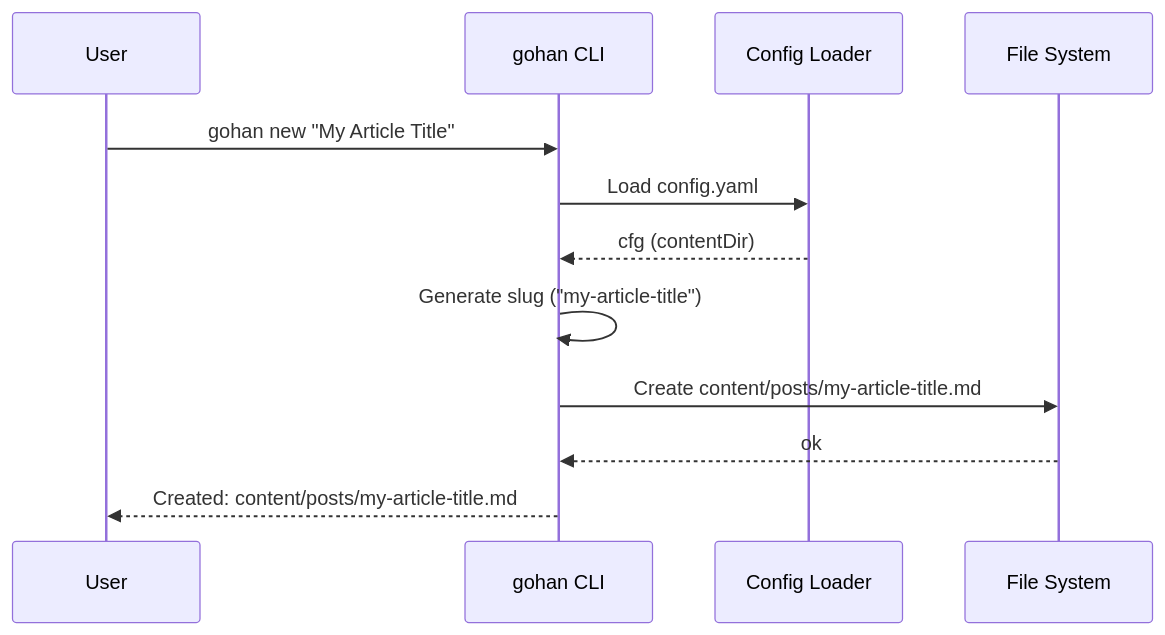
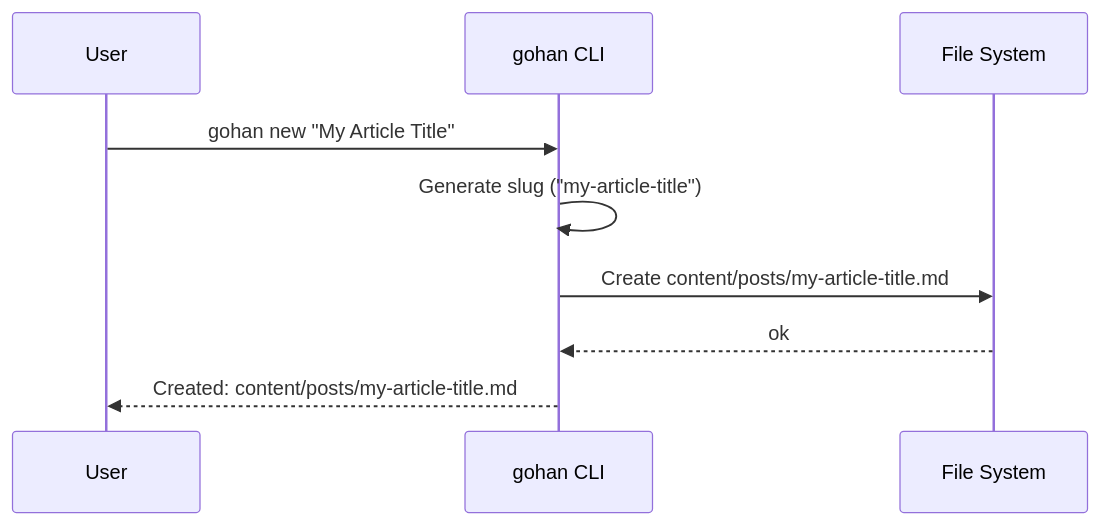
One commit to bmf-san/gohan changed the fourth of 4 diagrams in docs/DESIGN_DOC.md. Above: the diagram before and after it, drawn with Mermaid. The commit also changed other lines of this file and 1 other file, not shown here.

````diff
--- a/docs/DESIGN_DOC.md
+++ b/docs/DESIGN_DOC.md
@@ -544,15 +546,12 @@
 ```mermaid
 sequenceDiagram
     participant User
     participant CLI as gohan CLI
-    participant Config as Config Loader
     participant FS as File System
 
     User->>CLI: gohan new "My Article Title"
-    CLI->>Config: Load config.yaml
-    Config-->>CLI: cfg (contentDir)
     CLI->>CLI: Generate slug ("my-article-title")
     CLI->>FS: Create content/posts/my-article-title.md
     FS-->>CLI: ok
     CLI-->>User: Created: content/posts/my-article-title.md
 ```
````
